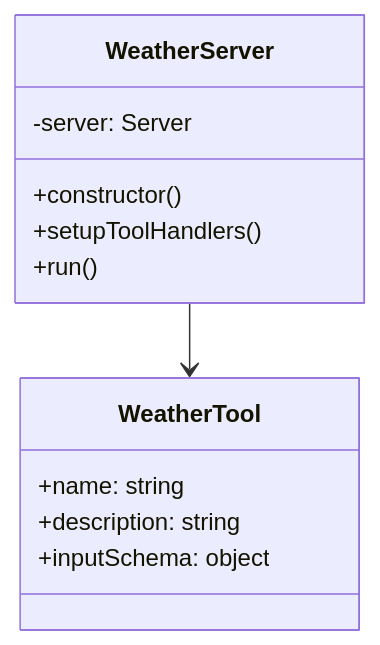
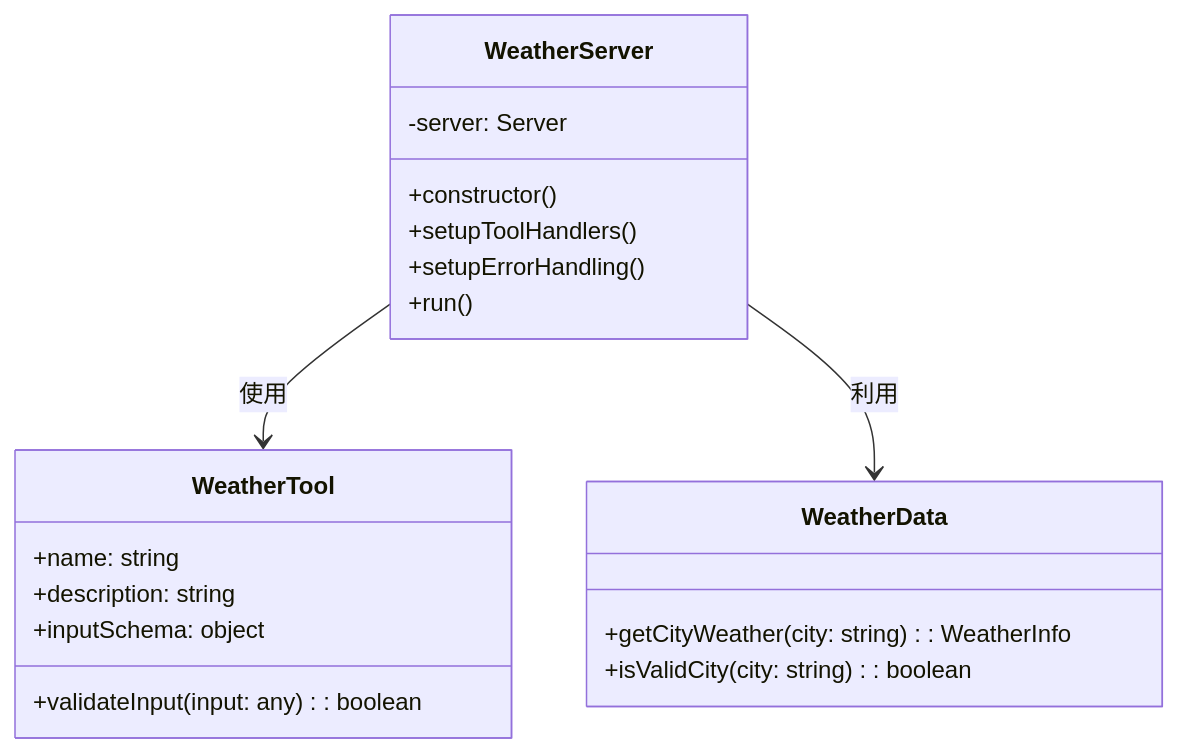
One commit to littlemex/aws-samples changed the second of 3 diagrams in workshops/ai-coding-workshop/cline/1.mcp/README.md. Above: the diagram before and after it, drawn with Mermaid. The commit also changed other lines of this file and 3 other files, not shown here.

````diff
--- a/workshops/ai-coding-workshop/cline/1.mcp/README.md
+++ b/workshops/ai-coding-workshop/cline/1.mcp/README.md
@@ -136,15 +149,22 @@
 ```mermaid
 classDiagram
     class WeatherServer {
         -server: Server
         +constructor()
         +setupToolHandlers()
+        +setupErrorHandling()
         +run()
     }
     class WeatherTool {
         +name: string
         +description: string
         +inputSchema: object
+        +validateInput(input: any): boolean
     }
-    WeatherServer --> WeatherTool
+    class WeatherData {
+        +getCityWeather(city: string): WeatherInfo
+        +isValidCity(city: string): boolean
+    }
+    WeatherServer --> WeatherTool: 使用
+    WeatherServer --> WeatherData: 利用
 ```
````
